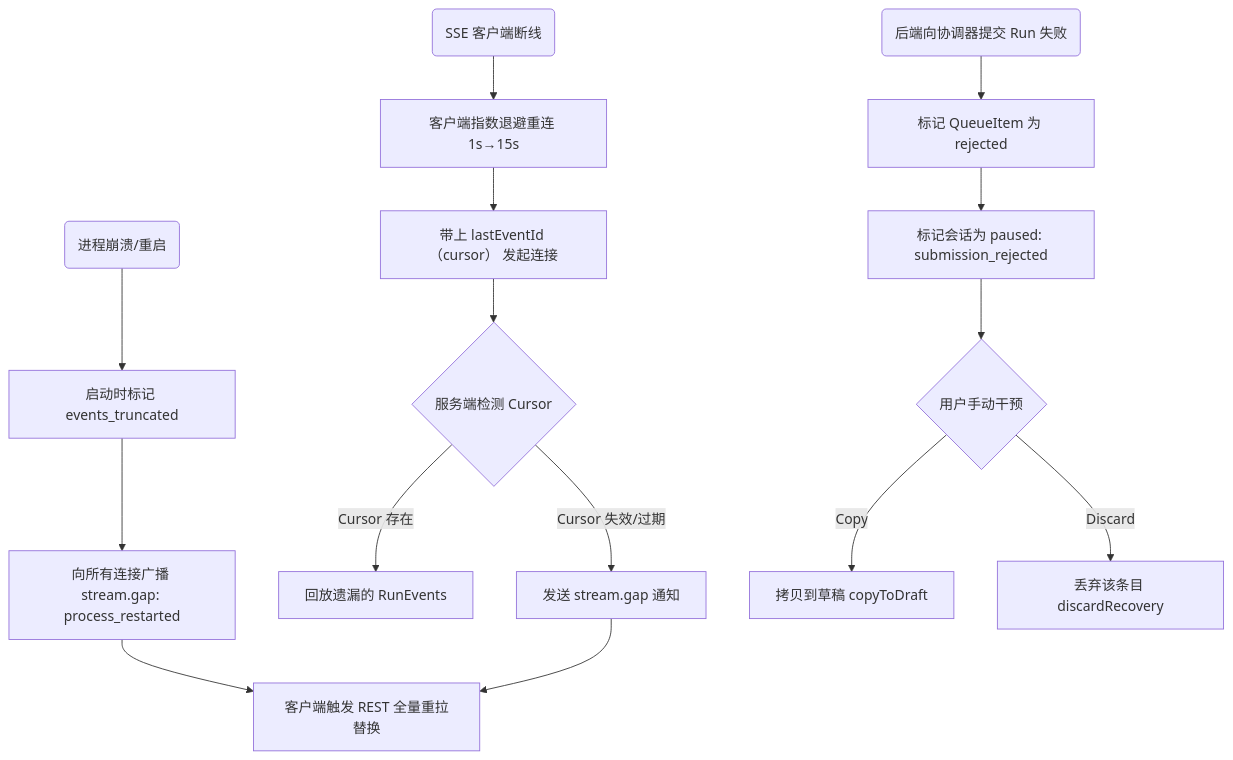
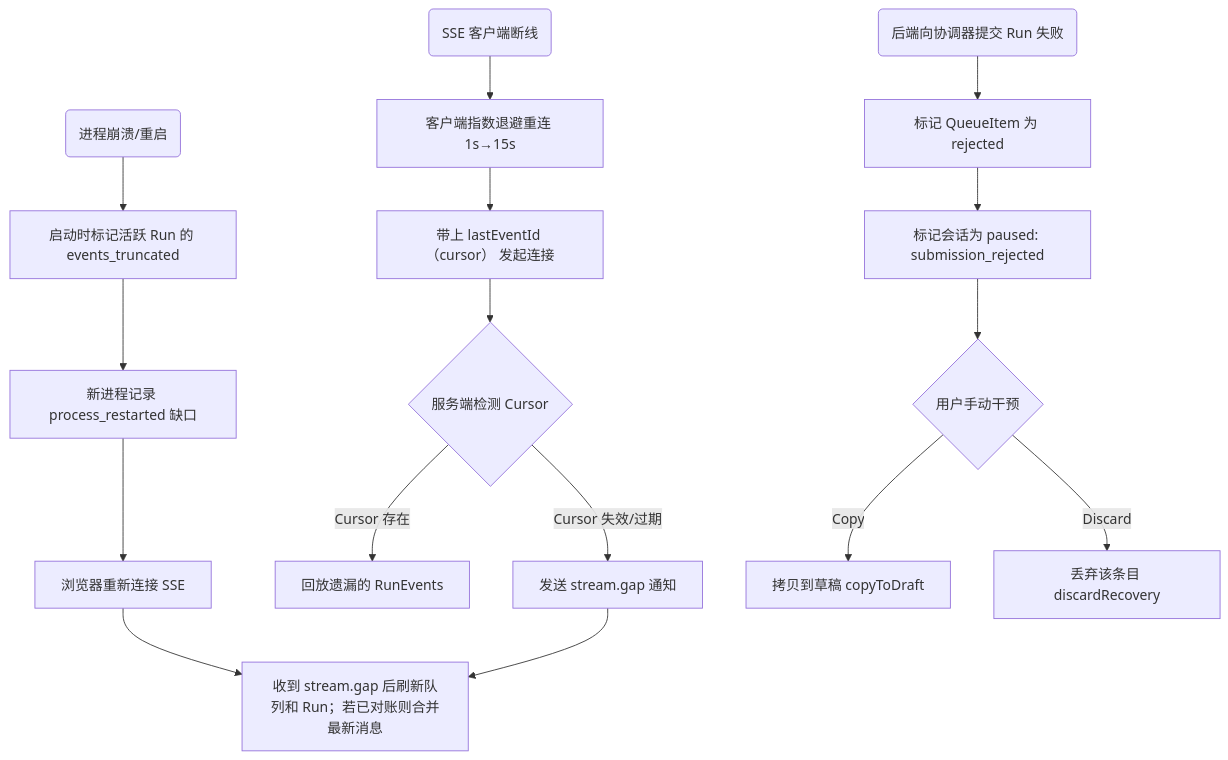
The sixth of 7 diagrams in docs/07-data-flow.md (ermu03/emu-chat), drawn with Mermaid before and after one commit. The commit also changed other lines of this file and 13 other files, not shown here.

````diff
--- a/docs/07-data-flow.md
+++ b/docs/07-data-flow.md
@@ -162,19 +167,20 @@
 ```mermaid
 flowchart TD
-    Crash(进程崩溃/重启) --> MarkTruncate[启动时标记 events_truncated]
-    MarkTruncate --> BroadGap[向所有连接广播 stream.gap: process_restarted]
-    BroadGap --> ClientREST[客户端触发 REST 全量重拉替换]
+    Crash(进程崩溃/重启) --> MarkTruncate[启动时标记活跃 Run 的 events_truncated]
+    MarkTruncate --> NewHub[新进程记录 process_restarted 缺口]
+    NewHub --> Reconnect[浏览器重新连接 SSE]
+    Reconnect --> ClientREST[收到 stream.gap 后刷新队列和 Run；若已对账则合并最新消息]
 
     NetDrop(SSE 客户端断线) --> ExpBackoff[客户端指数退避重连 1s→15s]
     ExpBackoff --> SendCursor[带上 lastEventId （cursor） 发起连接]
     SendCursor --> ServerReplay{服务端检测 Cursor}
     ServerReplay -- Cursor 存在 --> Replay[回放遗漏的 RunEvents]
     ServerReplay -- Cursor 失效/过期 --> ReplyGap[发送 stream.gap 通知]
     ReplyGap --> ClientREST
 
     SubmitFail(后端向协调器提交 Run 失败) --> Rejected[标记 QueueItem 为 rejected]
     Rejected --> Paused[标记会话为 paused: submission_rejected]
     Paused --> UserAction{用户手动干预}
     UserAction -- Copy --> CopyDraft[拷贝到草稿 copyToDraft]
     UserAction -- Discard --> DiscardItem[丢弃该条目 discardRecovery]
 ```
````
